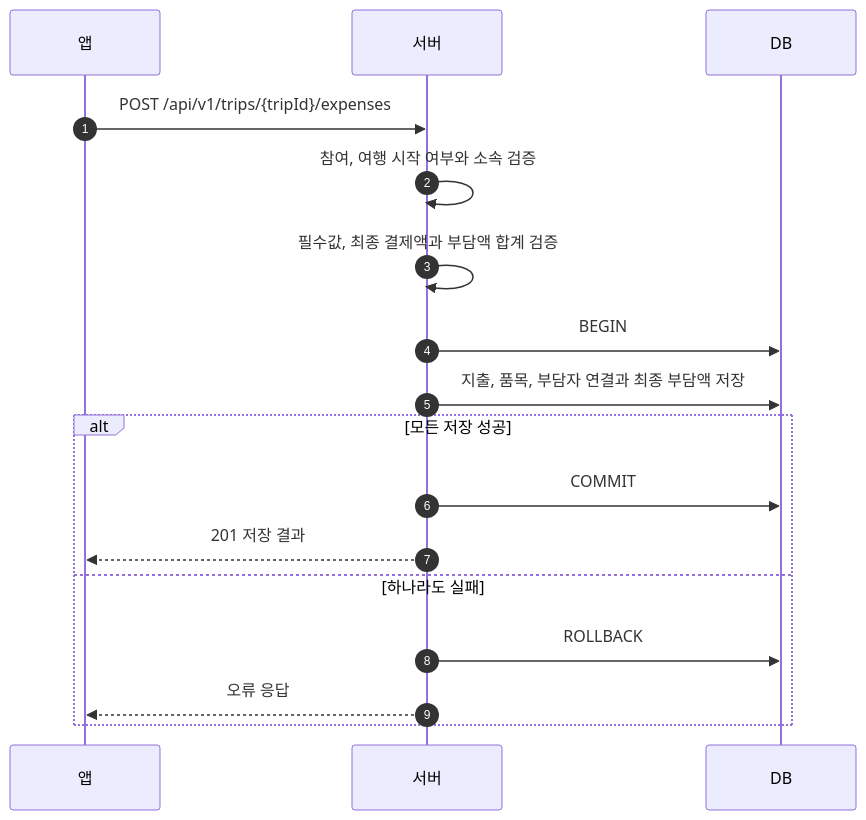
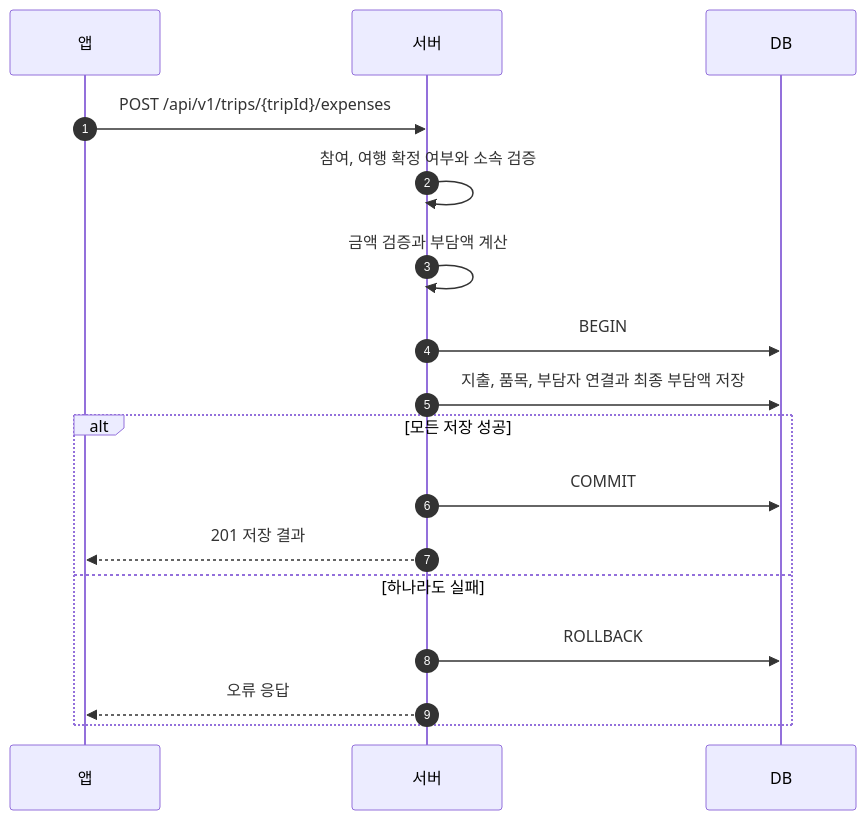
Before and after one commit to JECT-Study/Billit-5th-Docs: the first of 4 diagrams in design/expense.md, drawn with Mermaid. The commit also changed other lines of this file and 3 other files, not shown here.

````diff
--- a/design/expense.md
+++ b/design/expense.md
@@ -61,20 +63,20 @@
 ```mermaid
 sequenceDiagram
     autonumber
     participant App as 앱
     participant Server as 서버
     participant DB as DB
 
     App->>Server: POST /api/v1/trips/{tripId}/expenses
-    Server->>Server: 참여, 여행 시작 여부와 소속 검증
-    Server->>Server: 필수값, 최종 결제액과 부담액 합계 검증
+    Server->>Server: 참여, 여행 확정 여부와 소속 검증
+    Server->>Server: 금액 검증과 부담액 계산
     Server->>DB: BEGIN
     Server->>DB: 지출, 품목, 부담자 연결과 최종 부담액 저장
     alt 모든 저장 성공
         Server->>DB: COMMIT
         Server-->>App: 201 저장 결과
     else 하나라도 실패
         Server->>DB: ROLLBACK
         Server-->>App: 오류 응답
     end
 ```
````
